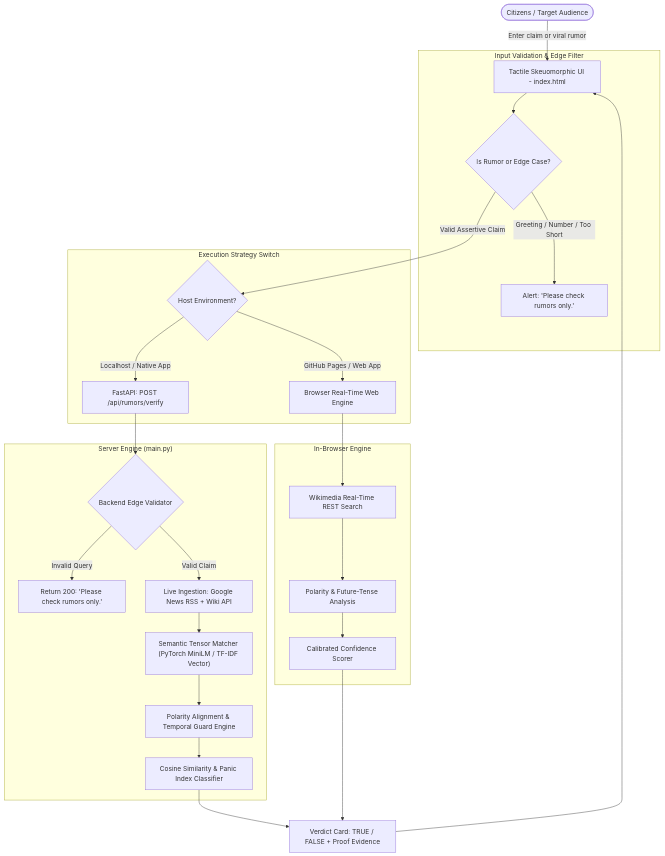
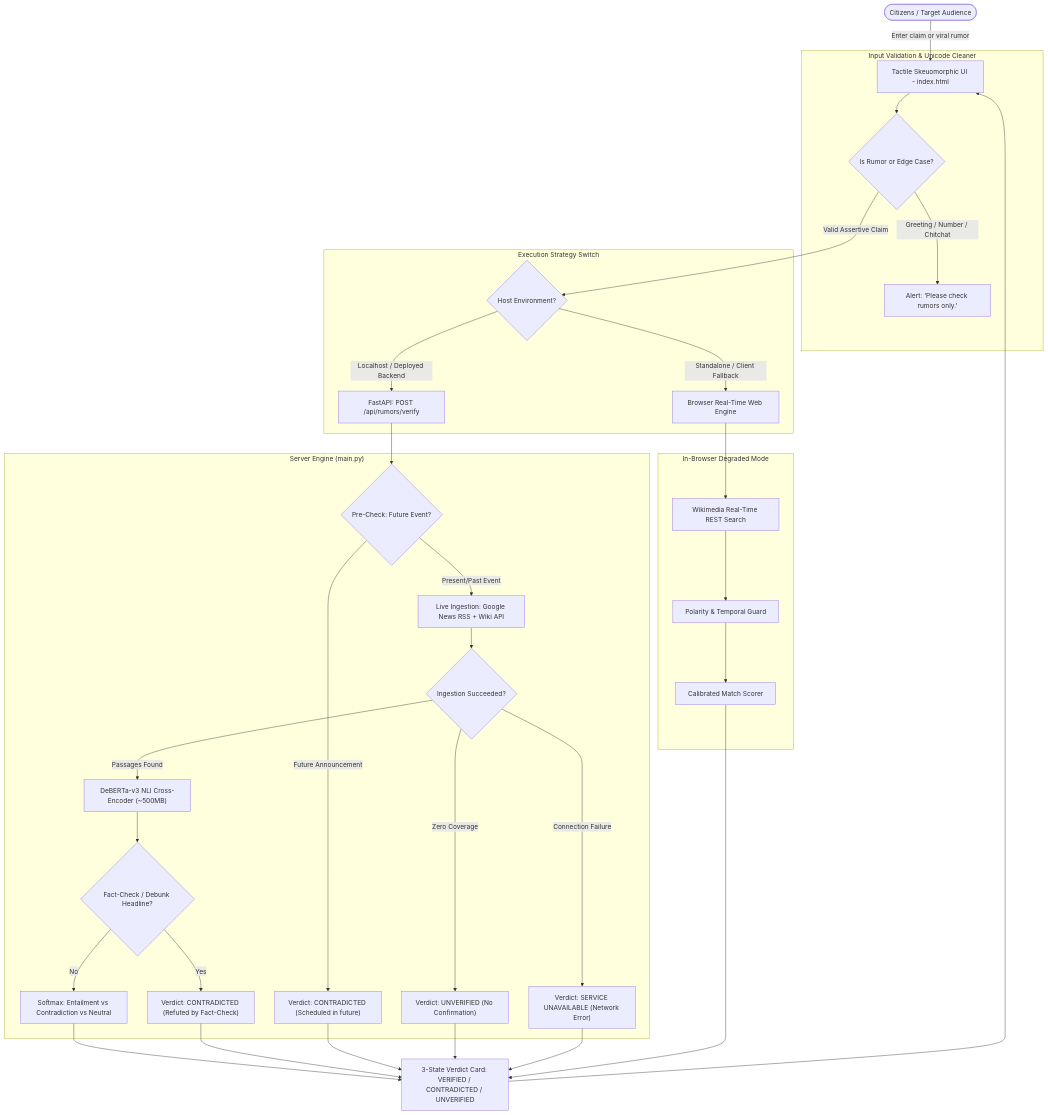
The diagram in README.md (1SHAMAY1/CivicTrustHub), drawn with Mermaid before and after one commit. The commit also changed other lines of this file, not shown here.

Commit message:
Update README with 3-state NLI architecture diagram and unit test verification commands

````diff
--- a/README.md
+++ b/README.md
@@ -51,34 +51,42 @@
 ```mermaid
 flowchart TD
     User([Citizens / Target Audience]) -->|Enter claim or viral rumor| UI[Tactile Skeuomorphic UI - index.html]
     
-    subgraph PreValidation ["Input Validation & Edge Filter"]
+    subgraph PreValidation ["Input Validation & Unicode Cleaner"]
         UI --> EdgeFilter{Is Rumor or Edge Case?}
-        EdgeFilter -->|Greeting / Number / Too Short| Warning["Alert: 'Please check rumors only.'"]
+        EdgeFilter -->|Greeting / Number / Chitchat| Warning["Alert: 'Please check rumors only.'"]
     end
 
     subgraph RuntimeDispatch ["Execution Strategy Switch"]
         EdgeFilter -->|Valid Assertive Claim| EnvSwitch{Host Environment?}
-        EnvSwitch -->|Localhost / Native App| BackendAPI["FastAPI: POST /api/rumors/verify"]
-        EnvSwitch -->|GitHub Pages / Web App| ClientLiveEngine[Browser Real-Time Web Engine]
+        EnvSwitch -->|Localhost / Deployed Backend| BackendAPI["FastAPI: POST /api/rumors/verify"]
+        EnvSwitch -->|Standalone / Client Fallback| ClientLiveEngine[Browser Real-Time Web Engine]
     end
 
     subgraph ServerBackend ["Server Engine (main.py)"]
-        BackendAPI --> ServerEdge{Backend Edge Validator}
-        ServerEdge -->|Invalid Query| FastReject["Return 200: 'Please check rumors only.'"]
-        ServerEdge -->|Valid Claim| LiveSweep[Live Ingestion: Google News RSS + Wiki API]
-        LiveSweep --> TensorMatcher["Semantic Tensor Matcher (PyTorch MiniLM / TF-IDF Vector)"]
-        TensorMatcher --> PolarityTemporal["Polarity Alignment & Temporal Guard Engine"]
-        PolarityTemporal --> ScoreEngine["Cosine Similarity & Panic Index Classifier"]
+        BackendAPI --> TemporalCheck{Pre-Check: Future Event?}
+        TemporalCheck -->|Future Announcement| FutureContradict["Verdict: CONTRADICTED (Scheduled in future)"]
+        TemporalCheck -->|Present/Past Event| LiveSweep[Live Ingestion: Google News RSS + Wiki API]
+        LiveSweep --> NetCheck{Ingestion Succeeded?}
+        NetCheck -->|Connection Failure| NetError["Verdict: SERVICE UNAVAILABLE (Network Error)"]
+        NetCheck -->|Zero Coverage| ZeroUnverified["Verdict: UNVERIFIED (No Confirmation)"]
+        NetCheck -->|Passages Found| NLI["DeBERTa-v3 NLI Cross-Encoder (~500MB)"]
+        NLI --> DebunkCheck{Fact-Check / Debunk Headline?}
+        DebunkCheck -->|Yes| DebunkContradict["Verdict: CONTRADICTED (Refuted by Fact-Check)"]
+        DebunkCheck -->|No| InferenceProb[Softmax: Entailment vs Contradiction vs Neutral]
     end
 
-    subgraph BrowserEngine ["In-Browser Engine"]
+    subgraph BrowserEngine ["In-Browser Degraded Mode"]
         ClientLiveEngine --> WikiSearch[Wikimedia Real-Time REST Search]
-        WikiSearch --> PolarityTemporalClient["Polarity & Future-Tense Analysis"]
-        PolarityTemporalClient --> KeywordDensity[Calibrated Confidence Scorer]
+        WikiSearch --> PolarityTemporalClient["Polarity & Temporal Guard"]
+        PolarityTemporalClient --> KeywordDensity[Calibrated Match Scorer]
     end
 
-    ScoreEngine --> VerdictCard[Verdict Card: TRUE / FALSE + Proof Evidence]
+    InferenceProb --> VerdictCard[3-State Verdict Card: VERIFIED / CONTRADICTED / UNVERIFIED]
+    DebunkContradict --> VerdictCard
+    FutureContradict --> VerdictCard
+    ZeroUnverified --> VerdictCard
+    NetError --> VerdictCard
     KeywordDensity --> VerdictCard
     VerdictCard --> UI
 ```
````
